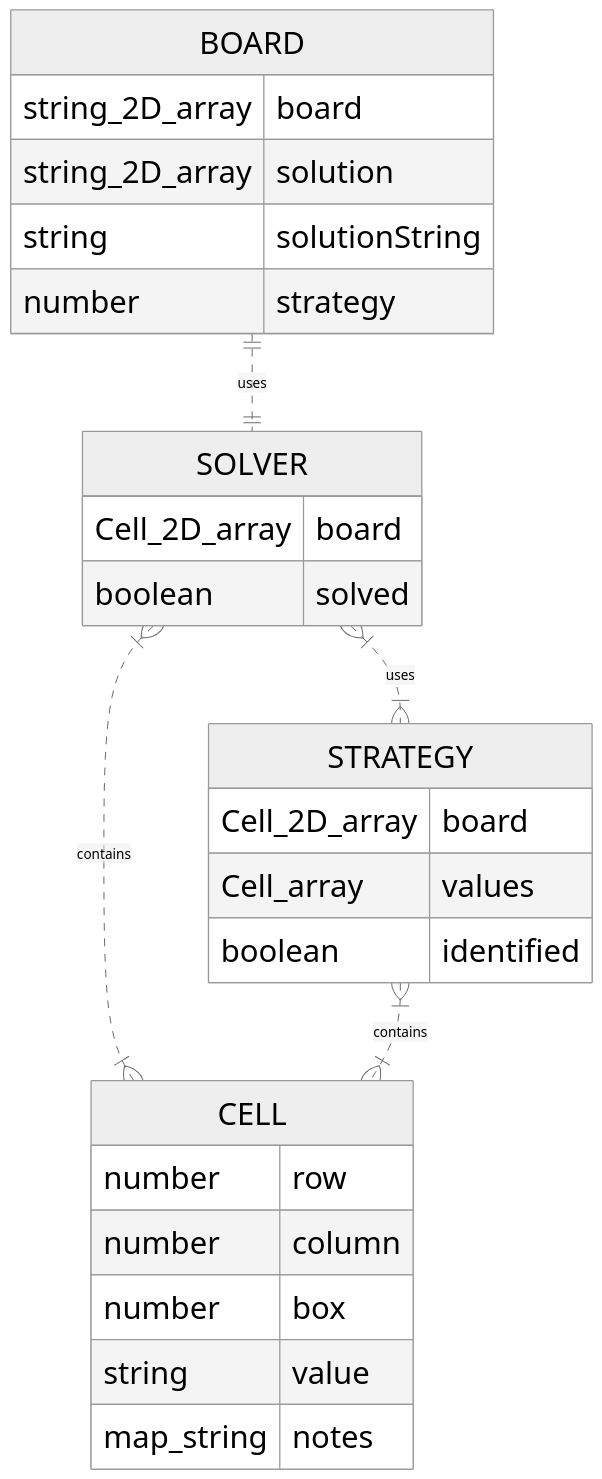
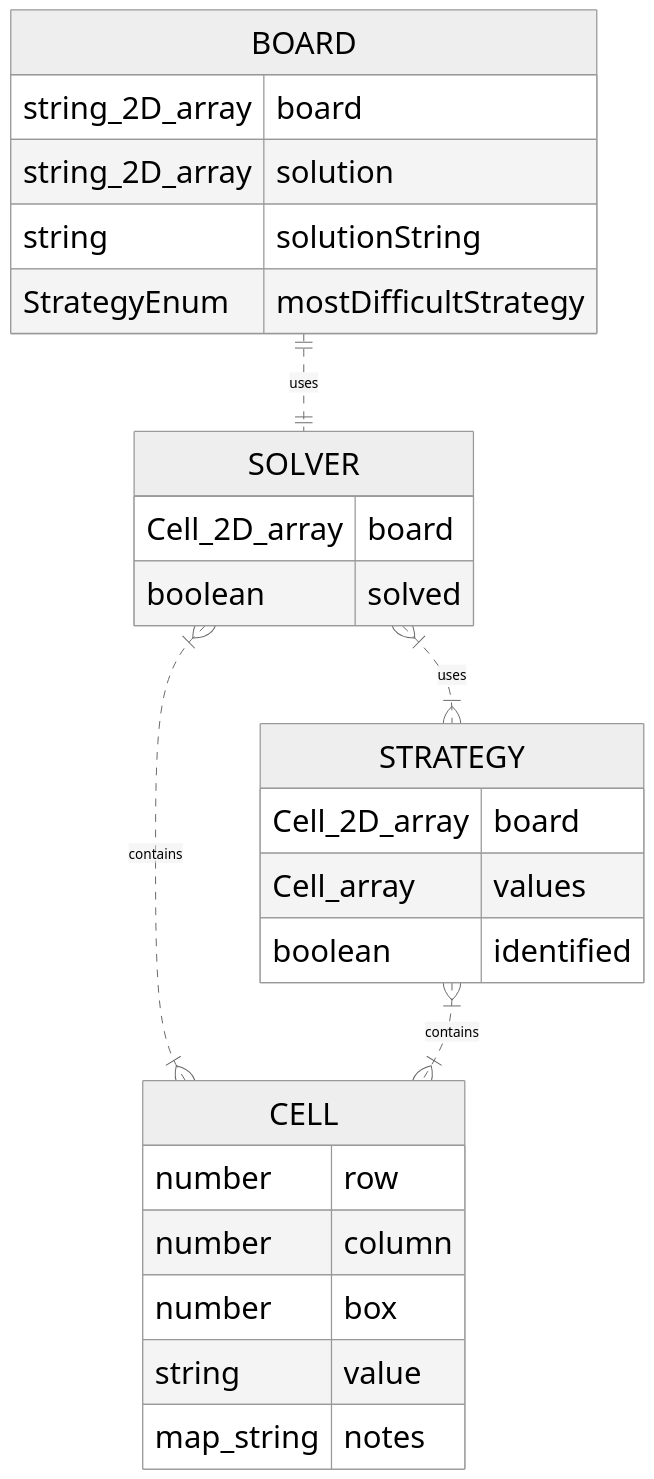
Before and after one commit to Sudokuru/Sudokuru: the diagram in README.md, drawn with Mermaid. The commit also changed 1 other file, not shown here.

Commit message:
Updated readme with Board StrategyEnum and updated package.json with unit and integration test run commands.

````diff
--- a/README.md
+++ b/README.md
@@ -11,30 +11,30 @@
 ```mermaid
 %%{init: {'theme': 'neutral', 'themeVariables': { 'fontSize': '32px', 'fontFamily': 'arial'}}}%%
 erDiagram
     BOARD ||..|| SOLVER : uses
     SOLVER }|..|{ CELL : contains
     SOLVER }|..|{ STRATEGY : uses
     STRATEGY }|..|{ CELL : contains
     BOARD {
         string_2D_array board
         string_2D_array solution
         string solutionString
-        number strategy
+        StrategyEnum mostDifficultStrategy
     }
     SOLVER {
         Cell_2D_array board
         boolean solved
     }
     CELL {
         number row
         number column
         number box
         string value
         map_string notes
     }
     STRATEGY {
         Cell_2D_array board
         Cell_array values
         boolean identified
     }
 ```
````
